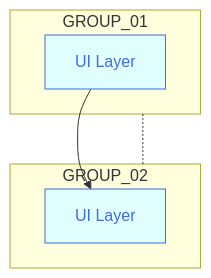
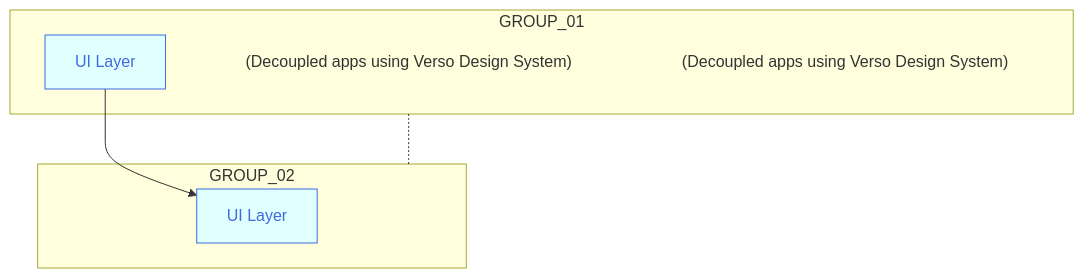
The diagram in buttons_mermaid_v5.md (joe-dorward/samples), drawn with Mermaid before and after one commit.

````diff
--- a/buttons_mermaid_v5.md
+++ b/buttons_mermaid_v5.md
@@ -3,38 +3,40 @@
 ```mermaid
   %%{
     init: {
       "flowchart": { "markdownAutoWrap":"false", "textWrap":"false", "wrappingWidth": "100%" }
     }
   }%%
   flowchart TD
 
   classDef Button fill:lightcyan, stroke:royalblue, color:royalblue;
   classDef Note fill:transparent, stroke-width:0px
   %% ---------- ---------- ---------- ---------- ---------- ---------- ---------- ---------- ---------- ----------
   subgraph GROUP_01
     %%direction LR
 
+    BUTTON_01_NOTE["(Decoupled apps using Verso Design System)"]:::Note
+
     BUTTON_01["UI Layer"]:::Button
     click BUTTON_01 "https://en.wikipedia.org/wiki/Main_Page" _blank
-    %%BUTTON_01_NOTE["(Decoupled apps using Verso Design System)"]:::Note
+    BUTTON_01a_NOTE["(Decoupled apps using Verso Design System)"]:::Note
 
     %%BUTTON_01~~~
     %%BUTTON_01_NOTE
   end
 
   subgraph GROUP_02
     %%direction TD
 
     BUTTON_02["UI Layer"]:::Button
     click BUTTON_02 "https://en.wikipedia.org/wiki/Main_Page" _blank
     %%BUTTON_02_NOTE["(Decoupled apps using Verso Design System)"]:::Note
 
     %%BUTTON_02~~~
     %%BUTTON_02_NOTE
   end
 
 GROUP_01-.-GROUP_02
 
 BUTTON_01-->BUTTON_02
 
 ```
````
